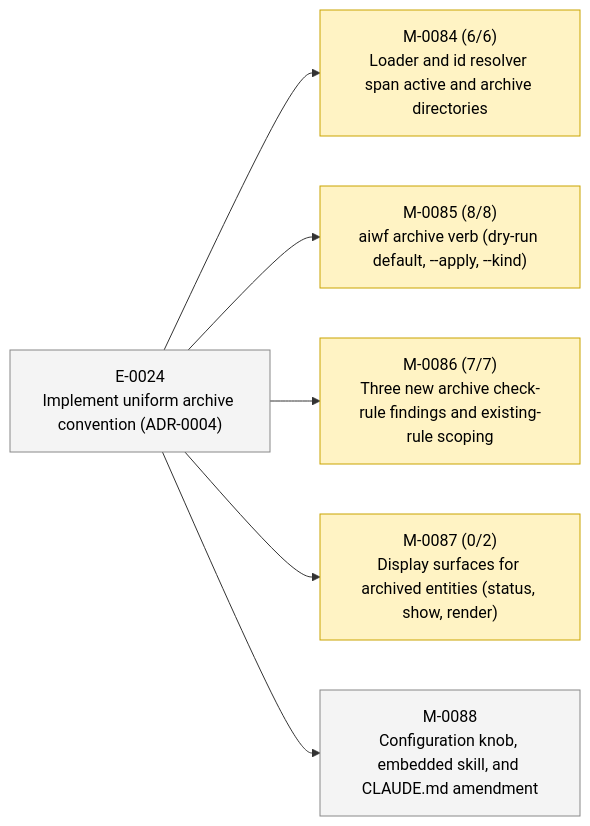
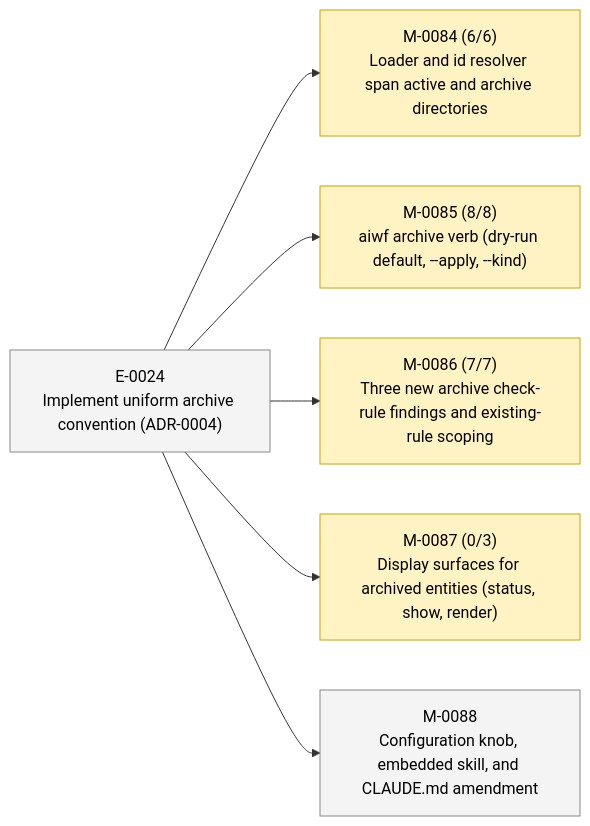
One commit to 23min/aiwf changed the second of 2 diagrams in STATUS.md. Above: the diagram before and after it, drawn with Mermaid. The commit also changed other lines of this file and 1 other file, not shown here.

First line of the commit message:
aiwf add ac M-0087/AC-3 "aiwf status exposes no --archived flag and remains active-only"

````diff
--- a/STATUS.md
+++ b/STATUS.md
@@ -49,20 +49,20 @@
 ```mermaid
 flowchart LR
   E_0024["E-0024<br/>Implement uniform archive convention (ADR-0004)"]:::epic_proposed
   M_0084["M-0084 (6/6)<br/>Loader and id resolver span active and archive directories"]:::ms_in_progress
   E_0024 --> M_0084
   M_0085["M-0085 (8/8)<br/>aiwf archive verb (dry-run default, --apply, --kind)"]:::ms_in_progress
   E_0024 --> M_0085
   M_0086["M-0086 (7/7)<br/>Three new archive check-rule findings and existing-rule scoping"]:::ms_in_progress
   E_0024 --> M_0086
-  M_0087["M-0087 (0/2)<br/>Display surfaces for archived entities (status, show, render)"]:::ms_in_progress
+  M_0087["M-0087 (0/3)<br/>Display surfaces for archived entities (status, show, render)"]:::ms_in_progress
   E_0024 --> M_0087
   M_0088["M-0088<br/>Configuration knob, embedded skill, and CLAUDE.md amendment"]:::ms_draft
   E_0024 --> M_0088
   classDef epic_active fill:#d6eaff,stroke:#1a73e8,color:#000
   classDef epic_proposed fill:#f4f4f4,stroke:#888,color:#000
   classDef ms_done fill:#d8f5d8,stroke:#2a8a2a,color:#000
   classDef ms_in_progress fill:#fff3c4,stroke:#caa400,color:#000
   classDef ms_draft fill:#f4f4f4,stroke:#888,color:#000
   classDef ms_cancelled fill:#fbeaea,stroke:#c33,color:#000
 ```
````
